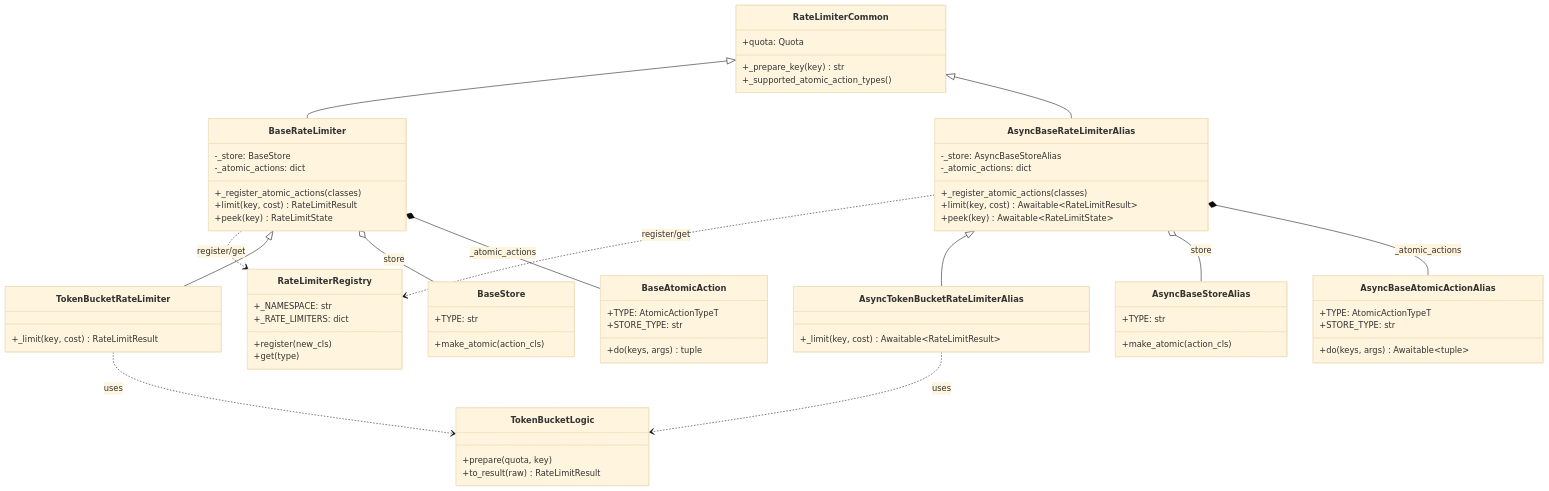
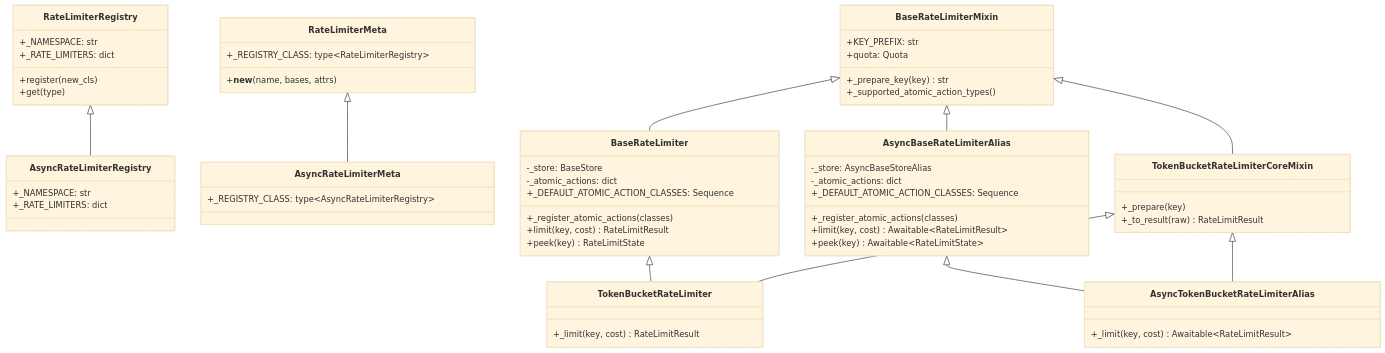
One commit to ZhuoZhuoCrayon/ai-workspace changed the sixth of 8 diagrams in knowledge/throttled-py/issues/2026-05-06-store-typing-abstraction-refactor/PLAN.md. Above: the diagram before and after it, drawn with Mermaid (base theme). The commit also changed other lines of this file and 8 other files, not shown here.

````diff
--- a/knowledge/throttled-py/issues/2026-05-06-store-typing-abstraction-refactor/PLAN.md
+++ b/knowledge/throttled-py/issues/2026-05-06-store-typing-abstraction-refactor/PLAN.md
@@ -465,71 +680,64 @@
 ```mermaid
 classDiagram
     direction TB
 
     class RateLimiterRegistry {
         +_NAMESPACE: str
         +_RATE_LIMITERS: dict
         +register(new_cls)
         +get(type)
     }
-    class RateLimiterCommon {
+    class RateLimiterMeta {
+        +_REGISTRY_CLASS: type~RateLimiterRegistry~
+        +__new__(name, bases, attrs)
+    }
+    class AsyncRateLimiterRegistry {
+        +_NAMESPACE: str
+        +_RATE_LIMITERS: dict
+    }
+    class AsyncRateLimiterMeta {
+        +_REGISTRY_CLASS: type~AsyncRateLimiterRegistry~
+    }
+    class BaseRateLimiterMixin {
+        +KEY_PREFIX: str
         +quota: Quota
         +_prepare_key(key) str
         +_supported_atomic_action_types()
     }
-    class BaseStore {
-        +TYPE: str
-        +make_atomic(action_cls)
-    }
-    class AsyncBaseStoreAlias {
-        +TYPE: str
-        +make_atomic(action_cls)
-    }
-    class BaseAtomicAction {
-        +TYPE: AtomicActionTypeT
-        +STORE_TYPE: str
-        +do(keys, args) tuple
-    }
-    class AsyncBaseAtomicActionAlias {
-        +TYPE: AtomicActionTypeT
-        +STORE_TYPE: str
-        +do(keys, args) Awaitable~tuple~
-    }
     class BaseRateLimiter {
         -_store: BaseStore
         -_atomic_actions: dict
+        +_DEFAULT_ATOMIC_ACTION_CLASSES: Sequence
         +_register_atomic_actions(classes)
         +limit(key, cost) RateLimitResult
         +peek(key) RateLimitState
     }
     class AsyncBaseRateLimiterAlias {
         -_store: AsyncBaseStoreAlias
         -_atomic_actions: dict
+        +_DEFAULT_ATOMIC_ACTION_CLASSES: Sequence
         +_register_atomic_actions(classes)
         +limit(key, cost) Awaitable~RateLimitResult~
         +peek(key) Awaitable~RateLimitState~
     }
-    class TokenBucketLogic {
-        +prepare(quota, key)
-        +to_result(raw) RateLimitResult
+    class TokenBucketRateLimiterCoreMixin {
+        +_prepare(key)
+        +_to_result(raw) RateLimitResult
     }
     class TokenBucketRateLimiter {
         +_limit(key, cost) RateLimitResult
     }
     class AsyncTokenBucketRateLimiterAlias {
         +_limit(key, cost) Awaitable~RateLimitResult~
     }
 
-    BaseRateLimiter ..> RateLimiterRegistry : register/get
-    AsyncBaseRateLimiterAlias ..> RateLimiterRegistry : register/get
-    RateLimiterCommon <|-- BaseRateLimiter
-    RateLimiterCommon <|-- AsyncBaseRateLimiterAlias
+    RateLimiterRegistry <|-- AsyncRateLimiterRegistry
+    RateLimiterMeta <|-- AsyncRateLimiterMeta
+    BaseRateLimiterMixin <|-- BaseRateLimiter
+    BaseRateLimiterMixin <|-- AsyncBaseRateLimiterAlias
+    BaseRateLimiterMixin <|-- TokenBucketRateLimiterCoreMixin
     BaseRateLimiter <|-- TokenBucketRateLimiter
     AsyncBaseRateLimiterAlias <|-- AsyncTokenBucketRateLimiterAlias
-    TokenBucketRateLimiter ..> TokenBucketLogic : uses
-    AsyncTokenBucketRateLimiterAlias ..> TokenBucketLogic : uses
-    BaseRateLimiter o-- BaseStore : store
-    AsyncBaseRateLimiterAlias o-- AsyncBaseStoreAlias : store
-    BaseRateLimiter *-- BaseAtomicAction : _atomic_actions
-    AsyncBaseRateLimiterAlias *-- AsyncBaseAtomicActionAlias : _atomic_actions
+    TokenBucketRateLimiterCoreMixin <|-- TokenBucketRateLimiter
+    TokenBucketRateLimiterCoreMixin <|-- AsyncTokenBucketRateLimiterAlias
 ```
````
